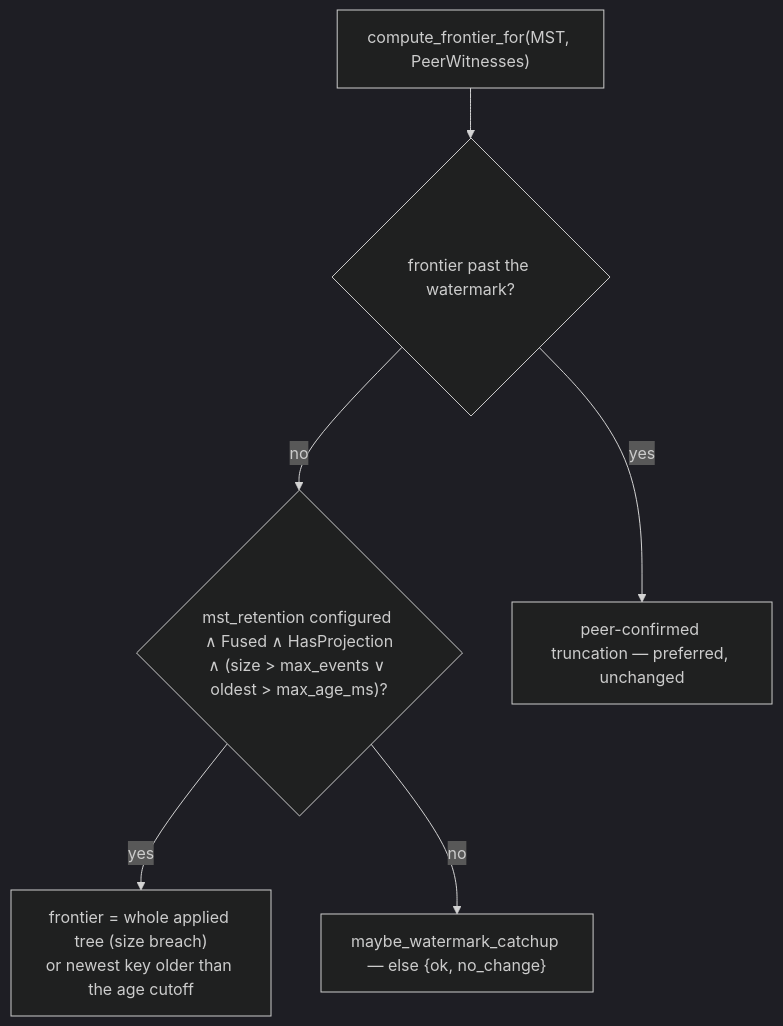
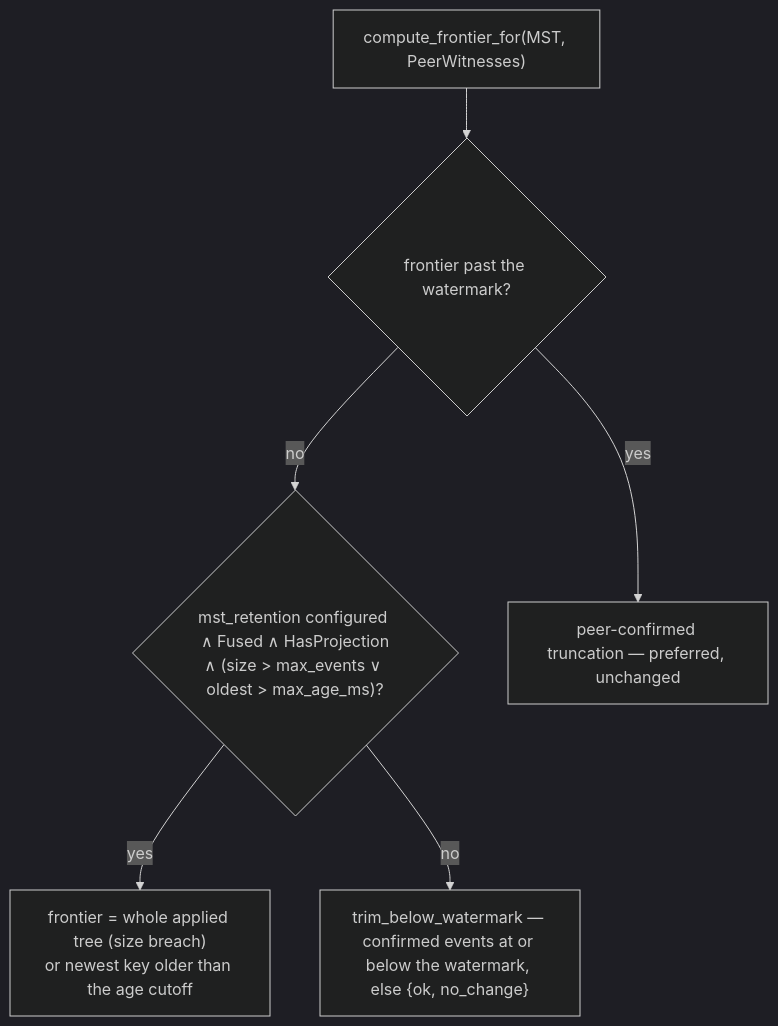
Before and after one commit to bondy-io/bondy: the fourth of 15 diagrams in apps/bondy_db/doc_extras/architecture/06_compaction_and_bootstrap.md, drawn with Mermaid (dark theme). The commit also changed other lines of this file and 207 other files, not shown here.

````diff
--- a/apps/bondy_db/doc_extras/architecture/06_compaction_and_bootstrap.md
+++ b/apps/bondy_db/doc_extras/architecture/06_compaction_and_bootstrap.md
@@ -181,14 +181,14 @@
 ```mermaid
 flowchart TB
     CF["compute_frontier_for(MST, PeerWitnesses)"]
     UD{"frontier past the watermark?"}
     RET{"mst_retention configured ∧ Fused ∧ HasProjection<br/>∧ (size > max_events ∨ oldest > max_age_ms)?"}
     RFRONT["frontier = whole applied tree (size breach)<br/>or newest key older than the age cutoff"]
-    CATCH["maybe_watermark_catchup — else {ok, no_change}"]
+    CATCH["trim_below_watermark — confirmed events at or below the watermark, else {ok, no_change}"]
 
     CF --> UD
     UD -->|yes| Frontier[peer-confirmed truncation — preferred, unchanged]
     UD -->|no| RET
     RET -->|yes| RFRONT
     RET -->|no| CATCH
 ```
````
